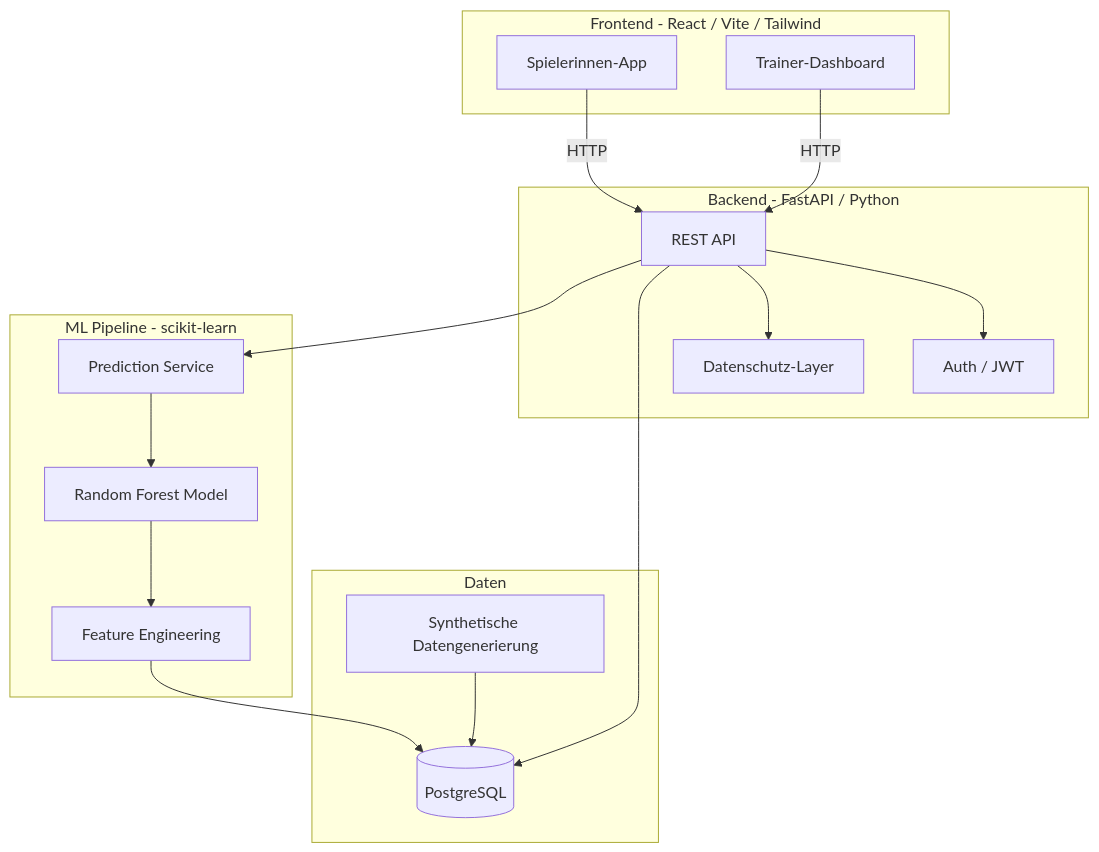
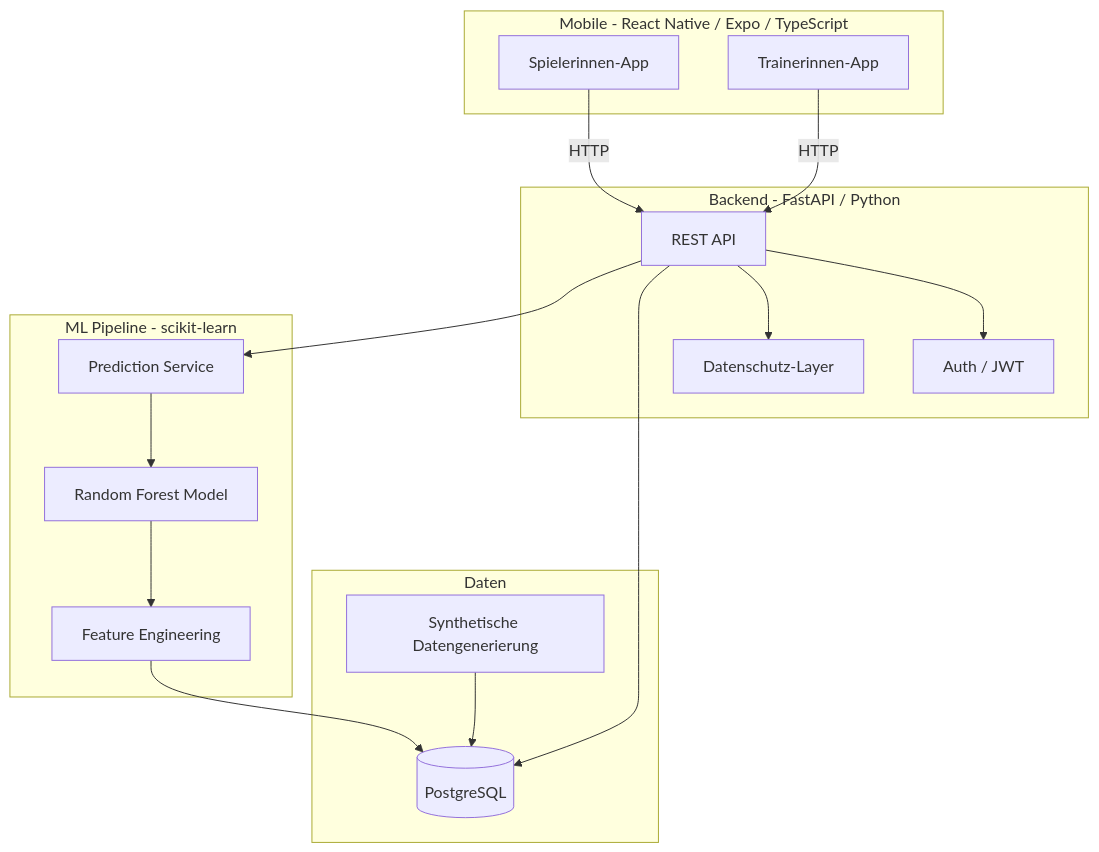
One commit to michelle-rohrer/kip changed the diagram in .cursor/plans/volleyball_load_monitoring_140b4d8b.plan.md. Above: the diagram before and after it, drawn with Mermaid. The commit also changed other lines of this file and 14 other files, not shown here.

````diff
--- a/.cursor/plans/volleyball_load_monitoring_140b4d8b.plan.md
+++ b/.cursor/plans/volleyball_load_monitoring_140b4d8b.plan.md
@@ -42,35 +42,35 @@
 ```mermaid
 graph TB
-  subgraph frontend [Frontend - React / Vite / Tailwind]
+  subgraph mobile [Mobile - React Native / Expo / TypeScript]
     PlayerApp[Spielerinnen-App]
-    TrainerDash[Trainer-Dashboard]
+    CoachApp[Trainerinnen-App]
   end
 
   subgraph backend [Backend - FastAPI / Python]
     API[REST API]
     Auth[Auth / JWT]
     Privacy[Datenschutz-Layer]
   end
 
   subgraph ml [ML Pipeline - scikit-learn]
     FeatureEng[Feature Engineering]
     Model[Random Forest Model]
     Prediction[Prediction Service]
   end
 
   subgraph data [Daten]
     DB[(PostgreSQL)]
     SynGen[Synthetische Datengenerierung]
   end
 
   PlayerApp -->|HTTP| API
-  TrainerDash -->|HTTP| API
+  CoachApp -->|HTTP| API
   API --> Auth
   API --> Privacy
   API --> DB
   API --> Prediction
   Prediction --> Model
   Model --> FeatureEng
   FeatureEng --> DB
   SynGen --> DB
 ```
````
